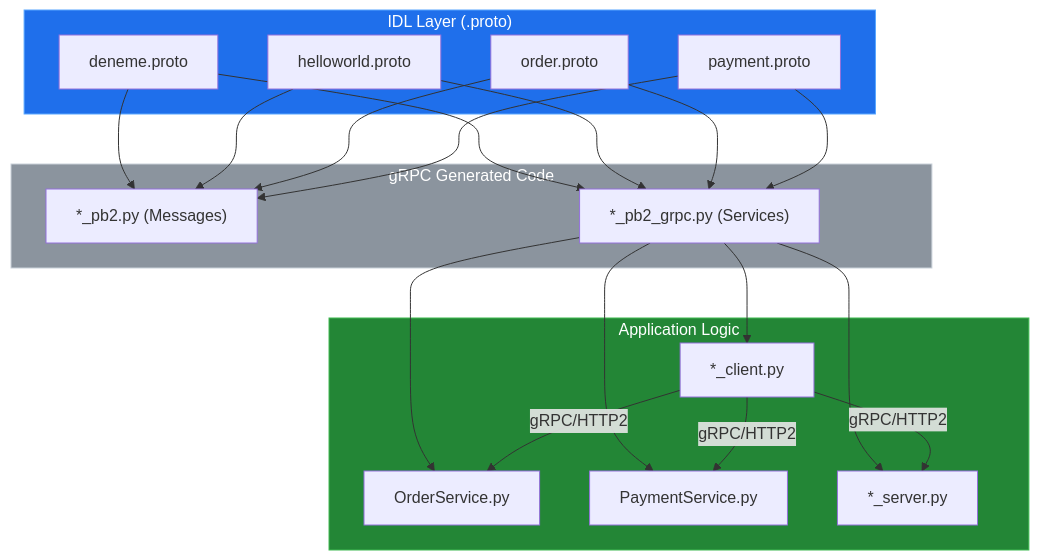
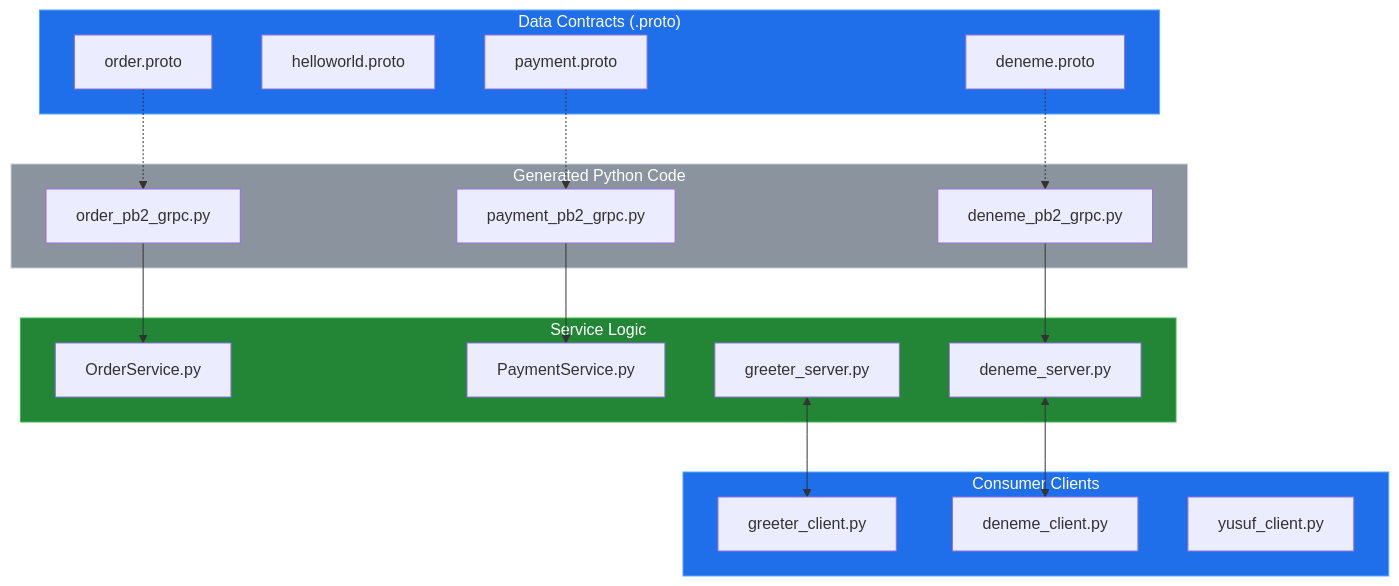
The first of 2 diagrams in README_ARCH.md (YusuffBulbul/GRPC_calisma), drawn with Mermaid before and after one commit. The commit also changed other lines of this file, not shown here.

Commit message:
docs: update system blueprint (2026-09-07)

````diff
--- a/README_ARCH.md
+++ b/README_ARCH.md
@@ -19,31 +19,43 @@
 ```mermaid
 flowchart TD
-    subgraph Protobuf ["IDL Layer (.proto)"]
+    subgraph Protobuf ["Data Contracts (.proto)"]
         P1["deneme.proto"]
         P2["helloworld.proto"]
         P3["order.proto"]
         P4["payment.proto"]
     end
 
-    subgraph Generated ["gRPC Generated Code"]
-        G1["*_pb2.py (Messages)"]
-        G2["*_pb2_grpc.py (Services)"]
+    subgraph Generated ["Generated Python Code"]
+        G1["deneme_pb2_grpc.py"]
+        G2["order_pb2_grpc.py"]
+        G3["payment_pb2_grpc.py"]
     end
 
-    subgraph Logic ["Application Logic"]
+    subgraph Implementation ["Service Logic"]
         S1["OrderService.py"]
         S2["PaymentService.py"]
-        S3["*_server.py"]
-        C1["*_client.py"]
+        S3["greeter_server.py"]
+        S4["deneme_server.py"]
     end
 
-    P1 & P2 & P3 & P4 --> G1 & G2
-    G2 --> S1 & S2 & S3
-    G2 --> C1
-    C1 -->|"gRPC/HTTP2"| S1 & S2 & S3
+    subgraph Clients ["Consumer Clients"]
+        C1["greeter_client.py"]
+        C2["deneme_client.py"]
+        C3["yusuf_client.py"]
+    end
+
+    P1 -.-> G1
+    P3 -.-> G2
+    P4 -.-> G3
+    G1 --> S4
+    G2 --> S1
+    G3 --> S2
+    S4 <--> C2
+    S3 <--> C1
 
     style Protobuf fill:#1f6feb,stroke:#58a6ff,color:#fff
     style Generated fill:#8b949e,stroke:#c9d1d9,color:#fff
-    style Logic fill:#238636,stroke:#3fb950,color:#fff
+    style Implementation fill:#238636,stroke:#3fb950,color:#fff
+    style Clients fill:#1f6feb,stroke:#58a6ff,color:#fff
 
 ```
````
